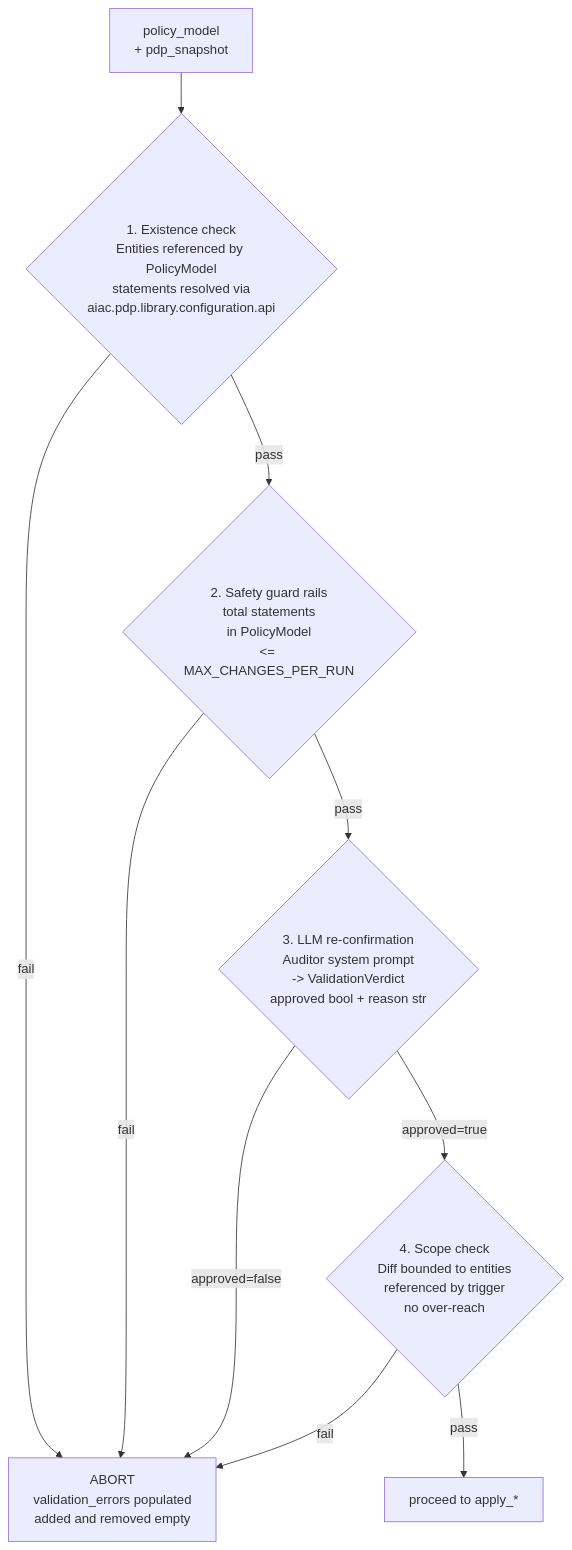
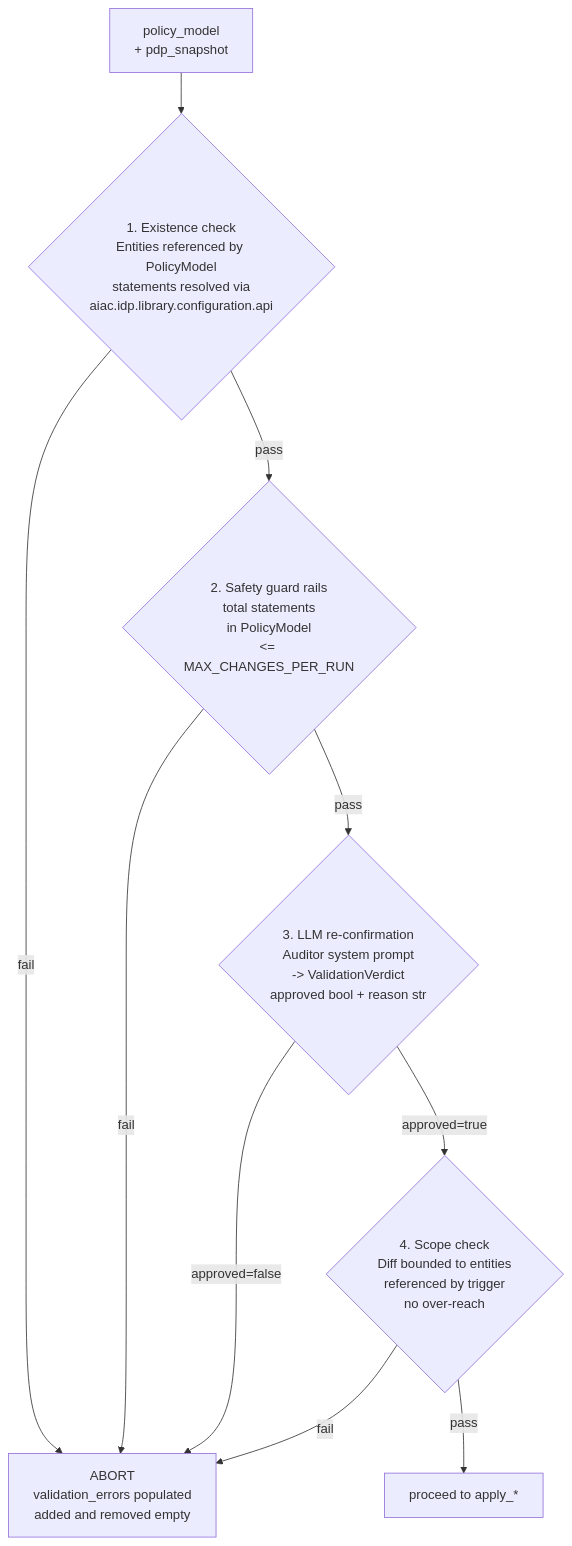
One commit to rossoctl/aiac changed the fourth of 4 diagrams in inception/requirements/components/aiac-agent.md. Above: the diagram before and after it, drawn with Mermaid. The commit also changed other lines of this file and 5 other files, not shown here.

````diff
--- a/inception/requirements/components/aiac-agent.md
+++ b/inception/requirements/components/aiac-agent.md
@@ -279,20 +276,20 @@
 ```mermaid
 flowchart TD
     IN["policy_model\n+ pdp_snapshot"] --> C1
 
-    C1{"1. Existence check\nEntities referenced by PolicyModel\nstatements resolved via\naiac.pdp.library.configuration.api"}
+    C1{"1. Existence check\nEntities referenced by PolicyModel\nstatements resolved via\naiac.idp.library.configuration.api"}
     C1 -->|"fail"| ABORT["ABORT\nvalidation_errors populated\nadded and removed empty"]
     C1 -->|"pass"| C2
 
     C2{"2. Safety guard rails\ntotal statements\nin PolicyModel\n<= MAX_CHANGES_PER_RUN"}
     C2 -->|"fail"| ABORT
     C2 -->|"pass"| C3
 
     C3{"3. LLM re-confirmation\nAuditor system prompt\n-> ValidationVerdict\napproved bool + reason str"}
     C3 -->|"approved=false"| ABORT
     C3 -->|"approved=true"| C4
 
     C4{"4. Scope check\nDiff bounded to entities\nreferenced by trigger\nno over-reach"}
     C4 -->|"fail"| ABORT
     C4 -->|"pass"| APPLY["proceed to apply_*"]
 ```
````
